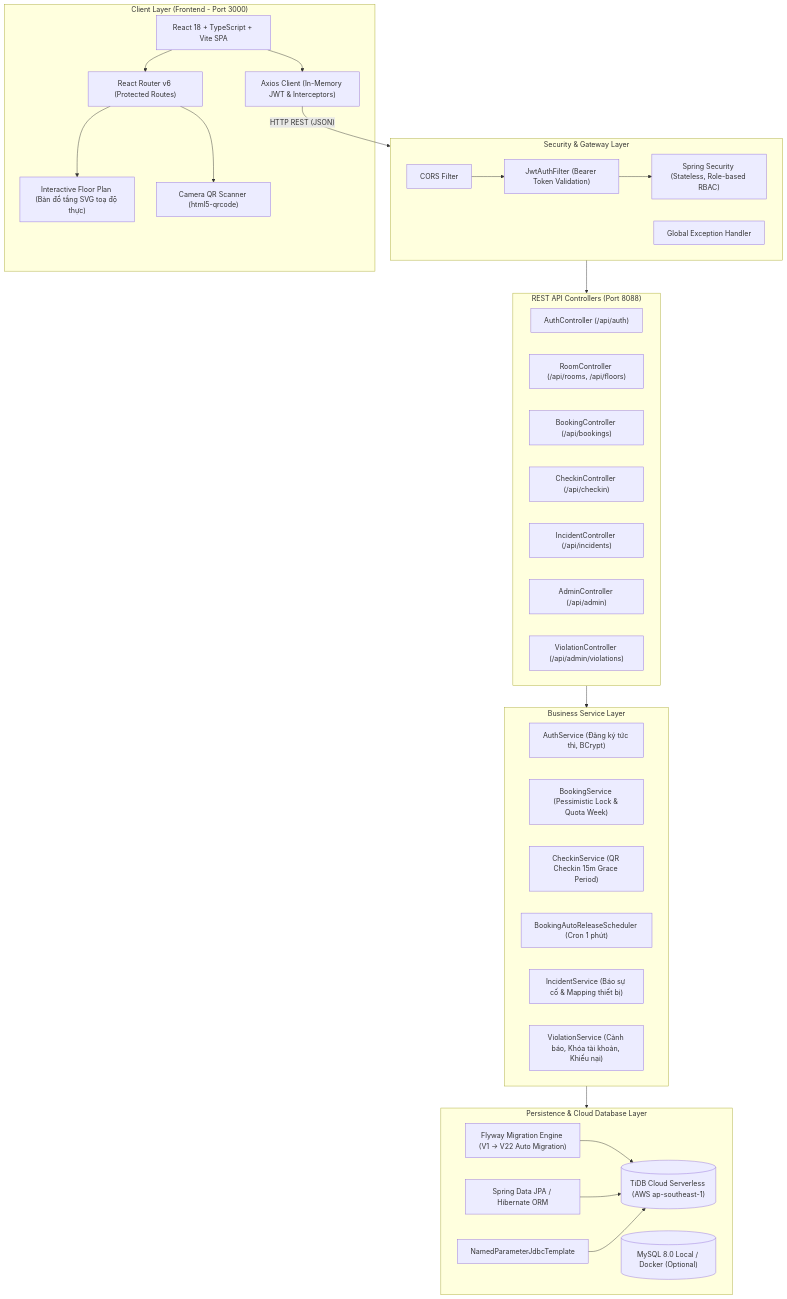
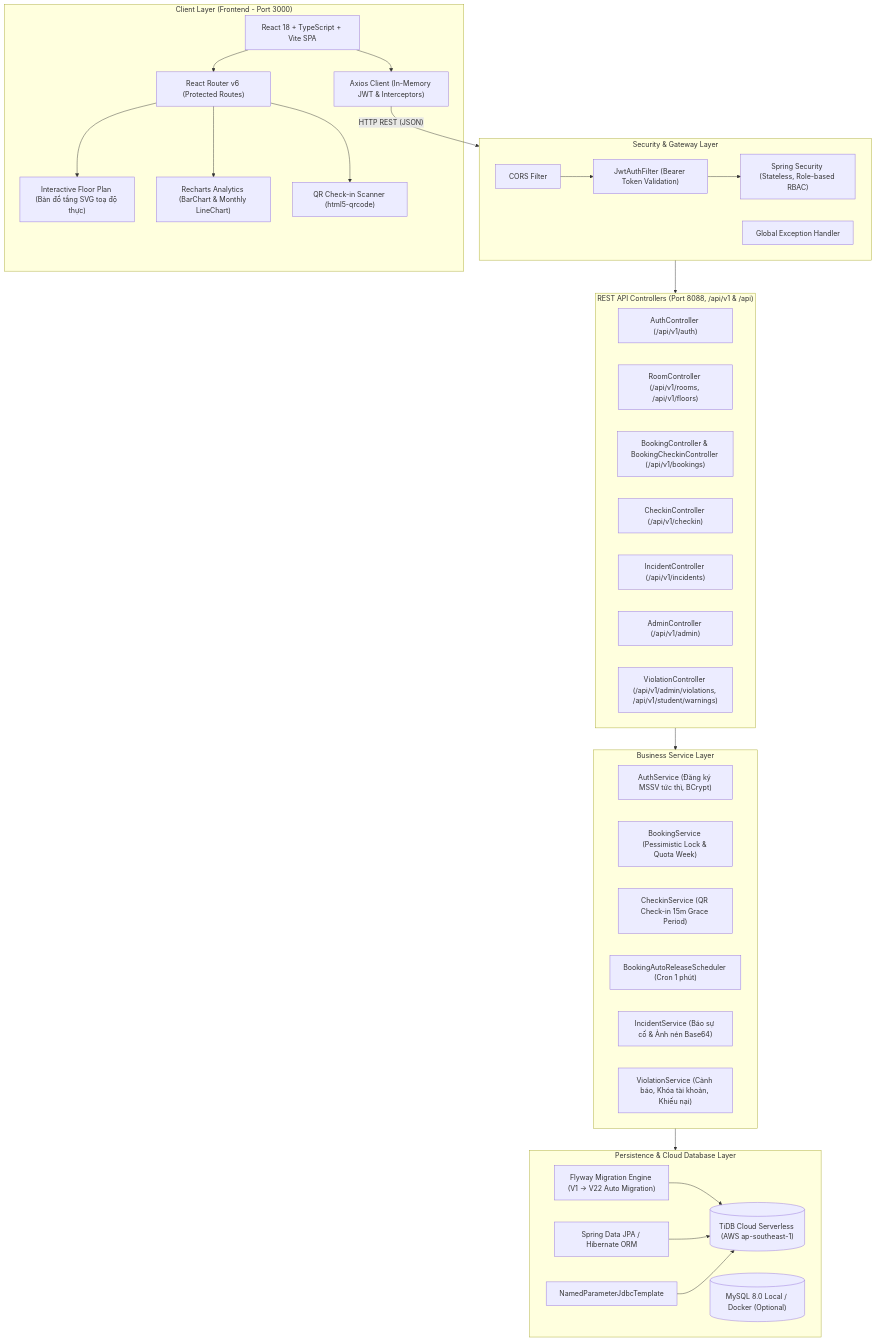
The diagram in README.md (trannam1304/Smart-Campus), drawn with Mermaid before and after one commit. The commit also changed other lines of this file and 72 other files, not shown here.

Commit message:
fix: finalize UI, incident upload, charts, and update README

````diff
--- a/README.md
+++ b/README.md
@@ -27,60 +27,62 @@
 ```mermaid
 flowchart TD
     subgraph Client_Layer ["Client Layer (Frontend - Port 3000)"]
         UI["React 18 + TypeScript + Vite SPA"]
         Router["React Router v6 (Protected Routes)"]
         AxiosClient["Axios Client (In-Memory JWT & Interceptors)"]
         FloorPlan["Interactive Floor Plan (Bản đồ tầng SVG toạ độ thực)"]
-        Scanner["Camera QR Scanner (html5-qrcode)"]
-        
+        Charts["Recharts Analytics (BarChart & Monthly LineChart)"]
+        Scanner["QR Check-in Scanner (html5-qrcode)"]
+
         UI --> Router
         Router --> FloorPlan
+        Router --> Charts
         Router --> Scanner
         UI --> AxiosClient
     end
 
     subgraph Security_Gate ["Security & Gateway Layer"]
         CORS["CORS Filter"]
         JWTFilter["JwtAuthFilter (Bearer Token Validation)"]
         SecurityConfig["Spring Security (Stateless, Role-based RBAC)"]
         GlobalException["Global Exception Handler"]
-        
+
         CORS --> JWTFilter --> SecurityConfig
     end
 
-    subgraph Controller_Layer ["REST API Controllers (Port 8088)"]
-        AuthController["AuthController (/api/auth)"]
-        RoomController["RoomController (/api/rooms, /api/floors)"]
-        BookingController["BookingController (/api/bookings)"]
-        CheckinController["CheckinController (/api/checkin)"]
-        IncidentController["IncidentController (/api/incidents)"]
-        AdminController["AdminController (/api/admin)"]
-        ViolationController["ViolationController (/api/admin/violations)"]
+    subgraph Controller_Layer ["REST API Controllers (Port 8088, /api/v1 & /api)"]
+        AuthController["AuthController (/api/v1/auth)"]
+        RoomController["RoomController (/api/v1/rooms, /api/v1/floors)"]
+        BookingController["BookingController & BookingCheckinController (/api/v1/bookings)"]
+        CheckinController["CheckinController (/api/v1/checkin)"]
+        IncidentController["IncidentController (/api/v1/incidents)"]
+        AdminController["AdminController (/api/v1/admin)"]
+        ViolationController["ViolationController (/api/v1/admin/violations, /api/v1/student/warnings)"]
     end
 
     subgraph Service_Layer ["Business Service Layer"]
-        AuthService["AuthService (Đăng ký tức thì, BCrypt)"]
+        AuthService["AuthService (Đăng ký MSSV tức thì, BCrypt)"]
         BookingService["BookingService (Pessimistic Lock & Quota Week)"]
-        CheckinService["CheckinService (QR Checkin 15m Grace Period)"]
+        CheckinService["CheckinService (QR Check-in 15m Grace Period)"]
         Scheduler["BookingAutoReleaseScheduler (Cron 1 phút)"]
-        IncidentService["IncidentService (Báo sự cố & Mapping thiết bị)"]
+        IncidentService["IncidentService (Báo sự cố & Ảnh nén Base64)"]
         ViolationService["ViolationService (Cảnh báo, Khóa tài khoản, Khiếu nại)"]
     end
 
     subgraph Data_Layer ["Persistence & Cloud Database Layer"]
         Flyway["Flyway Migration Engine (V1 -> V22 Auto Migration)"]
         JPA["Spring Data JPA / Hibernate ORM"]
         JDBC["NamedParameterJdbcTemplate"]
         TiDB[("TiDB Cloud Serverless (AWS ap-southeast-1)")]
         MySQLLocal[("MySQL 8.0 Local / Docker (Optional)")]
-        
+
         Flyway --> TiDB
         JPA --> TiDB
         JDBC --> TiDB
     end
 
     AxiosClient -- "HTTP REST (JSON)" --> Security_Gate
     Security_Gate --> Controller_Layer
     Controller_Layer --> Service_Layer
     Service_Layer --> Data_Layer
 ```
````
